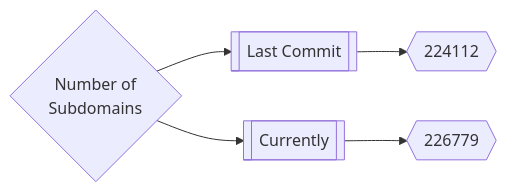
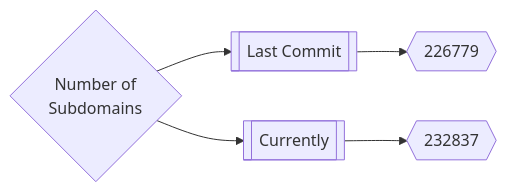
Before and after one commit to trickest/inventory: the first of 3 diagrams in README.md, drawn with Mermaid. The commit also changed other lines of this file, not shown here.

Commit message:
Update Thu Mar 10 07:36:31 UTC 2022

````diff
--- a/README.md
+++ b/README.md
@@ -165,5 +165,5 @@
 ```mermaid
 graph LR
-title{Number of<br>Subdomains} --> subdomainsDate1[[Last Commit]] --> subdomainsNum1{{224112}}
-title --> subdomainsDate2[[Currently]] --> subdomainsNum2{{226779}}
+title{Number of<br>Subdomains} --> subdomainsDate1[[Last Commit]] --> subdomainsNum1{{226779}}
+title --> subdomainsDate2[[Currently]] --> subdomainsNum2{{232837}}
 ```
````
